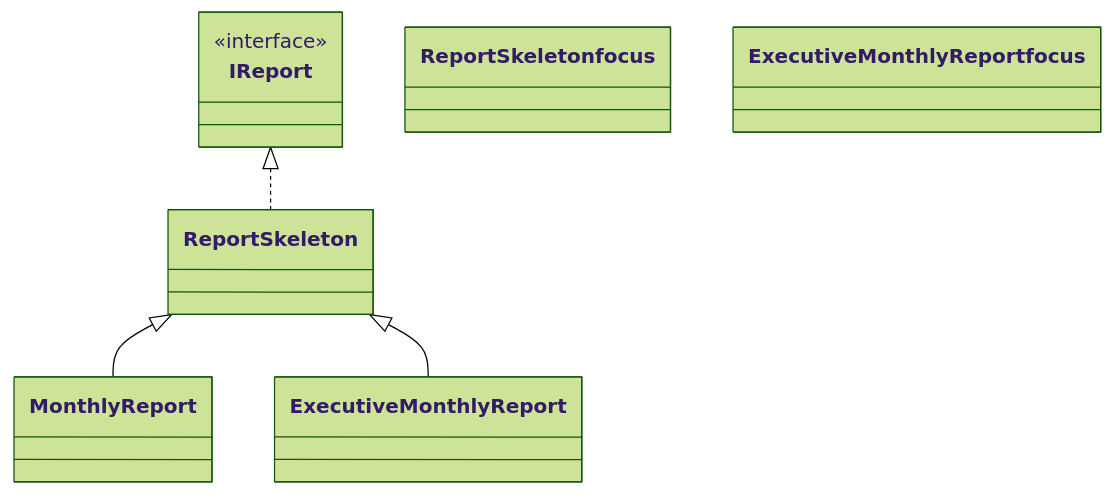
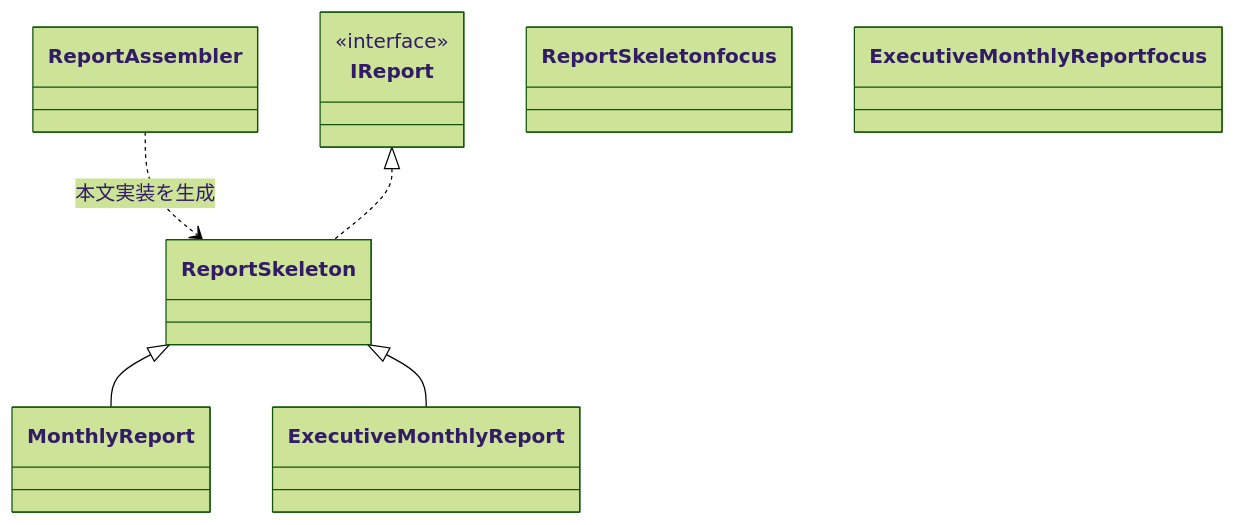
One commit to kumachan1101-pixel/DesignPattern changed the sixth of 18 diagrams in kindle/design-patterns/output/chapter11.md. Above: the diagram before and after it, drawn with Mermaid (forest theme). The commit also changed other lines of this file and 26 other files, not shown here.

````diff
--- a/kindle/design-patterns/output/chapter11.md
+++ b/kindle/design-patterns/output/chapter11.md
@@ -1171,13 +1201,15 @@
 ```mermaid
 classDiagram
+    class ReportAssembler
     class IReport { <<interface>> }
     class ReportSkeleton
     class MonthlyReport
     class ExecutiveMonthlyReport
+    ReportAssembler ..> ReportSkeleton : 本文実装を生成
     IReport <|.. ReportSkeleton
     ReportSkeleton <|-- MonthlyReport
     ReportSkeleton <|-- ExecutiveMonthlyReport
     class ReportSkeleton focus
     class ExecutiveMonthlyReport focus
     classDef focus fill:#FFF2CC,stroke:#D6B656,stroke-width:2px
 ```
````
